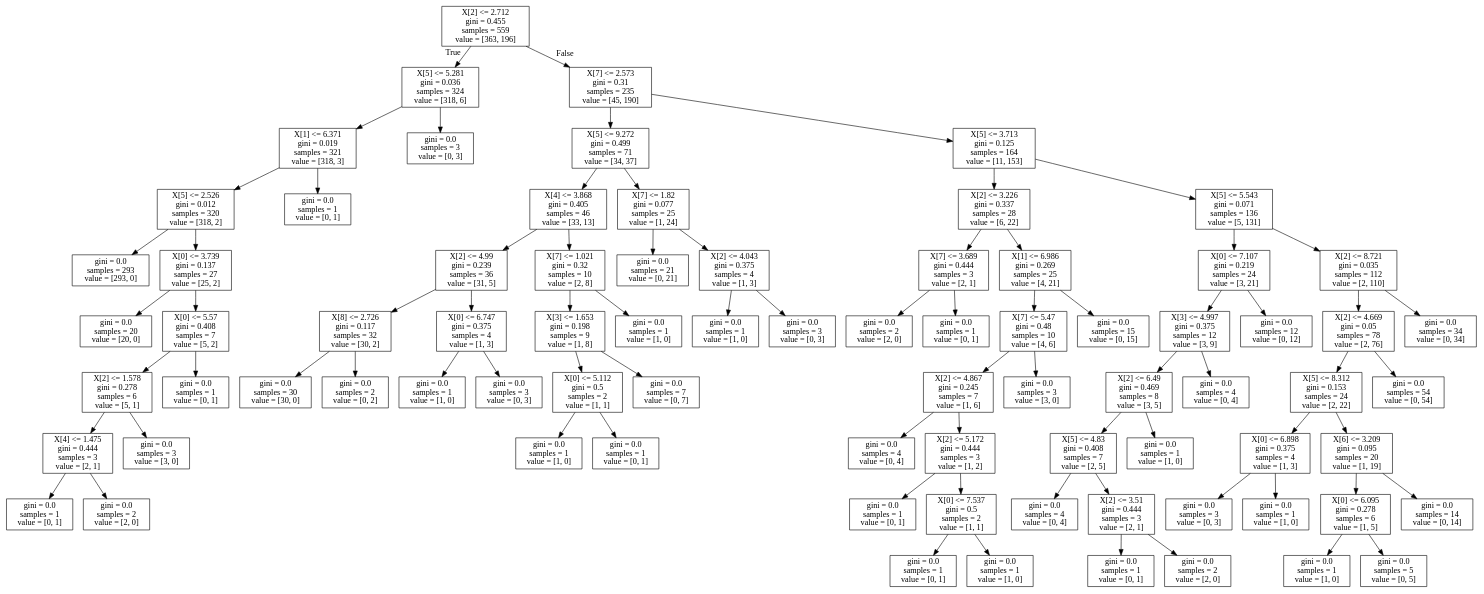
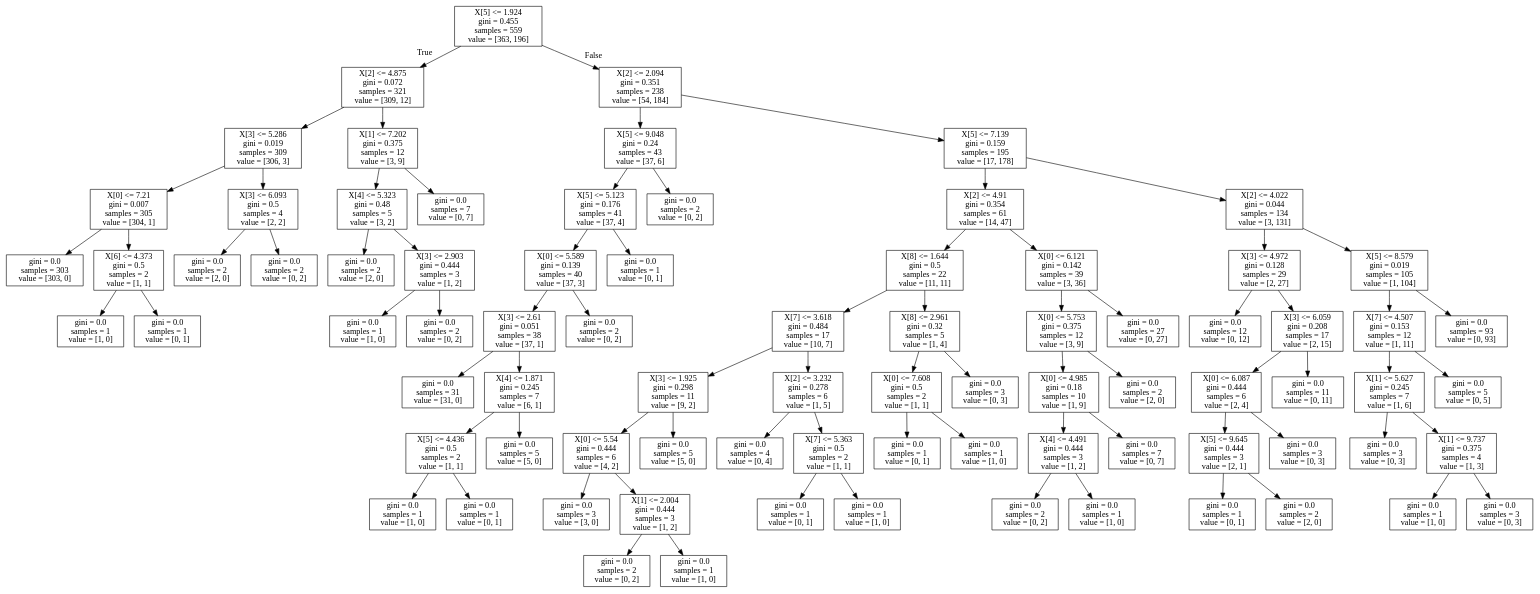
The diagram in out/decision_tree_pruning/breastcancer-noprune.dot (bradreardon/cs4641-supervised-learning), drawn with Graphviz before and after one commit. The commit also changed 12 other files, not shown here.

```diff
--- a/out/decision_tree_pruning/breastcancer-noprune.dot
+++ b/out/decision_tree_pruning/breastcancer-noprune.dot
@@ -1,160 +1,164 @@
 digraph Tree {
 node [shape=box] ;
-0 [label="X[2] <= 2.712\ngini = 0.455\nsamples = 559\nvalue = [363, 196]"] ;
-1 [label="X[5] <= 5.281\ngini = 0.036\nsamples = 324\nvalue = [318, 6]"] ;
+0 [label="X[5] <= 1.924\ngini = 0.455\nsamples = 559\nvalue = [363, 196]"] ;
+1 [label="X[2] <= 4.875\ngini = 0.072\nsamples = 321\nvalue = [309, 12]"] ;
 0 -> 1 [labeldistance=2.5, labelangle=45, headlabel="True"] ;
-2 [label="X[1] <= 6.371\ngini = 0.019\nsamples = 321\nvalue = [318, 3]"] ;
+2 [label="X[3] <= 5.286\ngini = 0.019\nsamples = 309\nvalue = [306, 3]"] ;
 1 -> 2 ;
-3 [label="X[5] <= 2.526\ngini = 0.012\nsamples = 320\nvalue = [318, 2]"] ;
+3 [label="X[0] <= 7.21\ngini = 0.007\nsamples = 305\nvalue = [304, 1]"] ;
 2 -> 3 ;
-4 [label="gini = 0.0\nsamples = 293\nvalue = [293, 0]"] ;
+4 [label="gini = 0.0\nsamples = 303\nvalue = [303, 0]"] ;
 3 -> 4 ;
-5 [label="X[0] <= 3.739\ngini = 0.137\nsamples = 27\nvalue = [25, 2]"] ;
+5 [label="X[6] <= 4.373\ngini = 0.5\nsamples = 2\nvalue = [1, 1]"] ;
 3 -> 5 ;
-6 [label="gini = 0.0\nsamples = 20\nvalue = [20, 0]"] ;
+6 [label="gini = 0.0\nsamples = 1\nvalue = [1, 0]"] ;
 5 -> 6 ;
-7 [label="X[0] <= 5.57\ngini = 0.408\nsamples = 7\nvalue = [5, 2]"] ;
+7 [label="gini = 0.0\nsamples = 1\nvalue = [0, 1]"] ;
 5 -> 7 ;
-8 [label="X[2] <= 1.578\ngini = 0.278\nsamples = 6\nvalue = [5, 1]"] ;
-7 -> 8 ;
-9 [label="X[4] <= 1.475\ngini = 0.444\nsamples = 3\nvalue = [2, 1]"] ;
+8 [label="X[3] <= 6.093\ngini = 0.5\nsamples = 4\nvalue = [2, 2]"] ;
+2 -> 8 ;
+9 [label="gini = 0.0\nsamples = 2\nvalue = [2, 0]"] ;
 8 -> 9 ;
-10 [label="gini = 0.0\nsamples = 1\nvalue = [0, 1]"] ;
-9 -> 10 ;
-11 [label="gini = 0.0\nsamples = 2\nvalue = [2, 0]"] ;
-9 -> 11 ;
-12 [label="gini = 0.0\nsamples = 3\nvalue = [3, 0]"] ;
-8 -> 12 ;
-13 [label="gini = 0.0\nsamples = 1\nvalue = [0, 1]"] ;
-7 -> 13 ;
-14 [label="gini = 0.0\nsamples = 1\nvalue = [0, 1]"] ;
-2 -> 14 ;
-15 [label="gini = 0.0\nsamples = 3\nvalue = [0, 3]"] ;
-1 -> 15 ;
-16 [label="X[7] <= 2.573\ngini = 0.31\nsamples = 235\nvalue = [45, 190]"] ;
-0 -> 16 [labeldistance=2.5, labelangle=-45, headlabel="False"] ;
-17 [label="X[5] <= 9.272\ngini = 0.499\nsamples = 71\nvalue = [34, 37]"] ;
-16 -> 17 ;
-18 [label="X[4] <= 3.868\ngini = 0.405\nsamples = 46\nvalue = [33, 13]"] ;
-17 -> 18 ;
-19 [label="X[2] <= 4.99\ngini = 0.239\nsamples = 36\nvalue = [31, 5]"] ;
+10 [label="gini = 0.0\nsamples = 2\nvalue = [0, 2]"] ;
+8 -> 10 ;
+11 [label="X[1] <= 7.202\ngini = 0.375\nsamples = 12\nvalue = [3, 9]"] ;
+1 -> 11 ;
+12 [label="X[4] <= 5.323\ngini = 0.48\nsamples = 5\nvalue = [3, 2]"] ;
+11 -> 12 ;
+13 [label="gini = 0.0\nsamples = 2\nvalue = [2, 0]"] ;
+12 -> 13 ;
+14 [label="X[3] <= 2.903\ngini = 0.444\nsamples = 3\nvalue = [1, 2]"] ;
+12 -> 14 ;
+15 [label="gini = 0.0\nsamples = 1\nvalue = [1, 0]"] ;
+14 -> 15 ;
+16 [label="gini = 0.0\nsamples = 2\nvalue = [0, 2]"] ;
+14 -> 16 ;
+17 [label="gini = 0.0\nsamples = 7\nvalue = [0, 7]"] ;
+11 -> 17 ;
+18 [label="X[2] <= 2.094\ngini = 0.351\nsamples = 238\nvalue = [54, 184]"] ;
+0 -> 18 [labeldistance=2.5, labelangle=-45, headlabel="False"] ;
+19 [label="X[5] <= 9.048\ngini = 0.24\nsamples = 43\nvalue = [37, 6]"] ;
 18 -> 19 ;
-20 [label="X[8] <= 2.726\ngini = 0.117\nsamples = 32\nvalue = [30, 2]"] ;
+20 [label="X[5] <= 5.123\ngini = 0.176\nsamples = 41\nvalue = [37, 4]"] ;
 19 -> 20 ;
-21 [label="gini = 0.0\nsamples = 30\nvalue = [30, 0]"] ;
+21 [label="X[0] <= 5.589\ngini = 0.139\nsamples = 40\nvalue = [37, 3]"] ;
 20 -> 21 ;
-22 [label="gini = 0.0\nsamples = 2\nvalue = [0, 2]"] ;
-20 -> 22 ;
-23 [label="X[0] <= 6.747\ngini = 0.375\nsamples = 4\nvalue = [1, 3]"] ;
-19 -> 23 ;
-24 [label="gini = 0.0\nsamples = 1\nvalue = [1, 0]"] ;
-23 -> 24 ;
-25 [label="gini = 0.0\nsamples = 3\nvalue = [0, 3]"] ;
-23 -> 25 ;
-26 [label="X[7] <= 1.021\ngini = 0.32\nsamples = 10\nvalue = [2, 8]"] ;
-18 -> 26 ;
-27 [label="X[3] <= 1.653\ngini = 0.198\nsamples = 9\nvalue = [1, 8]"] ;
-26 -> 27 ;
-28 [label="X[0] <= 5.112\ngini = 0.5\nsamples = 2\nvalue = [1, 1]"] ;
-27 -> 28 ;
-29 [label="gini = 0.0\nsamples = 1\nvalue = [1, 0]"] ;
-28 -> 29 ;
+22 [label="X[3] <= 2.61\ngini = 0.051\nsamples = 38\nvalue = [37, 1]"] ;
+21 -> 22 ;
+23 [label="gini = 0.0\nsamples = 31\nvalue = [31, 0]"] ;
+22 -> 23 ;
+24 [label="X[4] <= 1.871\ngini = 0.245\nsamples = 7\nvalue = [6, 1]"] ;
+22 -> 24 ;
+25 [label="X[5] <= 4.436\ngini = 0.5\nsamples = 2\nvalue = [1, 1]"] ;
+24 -> 25 ;
+26 [label="gini = 0.0\nsamples = 1\nvalue = [1, 0]"] ;
+25 -> 26 ;
+27 [label="gini = 0.0\nsamples = 1\nvalue = [0, 1]"] ;
+25 -> 27 ;
+28 [label="gini = 0.0\nsamples = 5\nvalue = [5, 0]"] ;
+24 -> 28 ;
+29 [label="gini = 0.0\nsamples = 2\nvalue = [0, 2]"] ;
+21 -> 29 ;
 30 [label="gini = 0.0\nsamples = 1\nvalue = [0, 1]"] ;
-28 -> 30 ;
-31 [label="gini = 0.0\nsamples = 7\nvalue = [0, 7]"] ;
-27 -> 31 ;
-32 [label="gini = 0.0\nsamples = 1\nvalue = [1, 0]"] ;
-26 -> 32 ;
-33 [label="X[7] <= 1.82\ngini = 0.077\nsamples = 25\nvalue = [1, 24]"] ;
-17 -> 33 ;
-34 [label="gini = 0.0\nsamples = 21\nvalue = [0, 21]"] ;
+20 -> 30 ;
+31 [label="gini = 0.0\nsamples = 2\nvalue = [0, 2]"] ;
+19 -> 31 ;
+32 [label="X[5] <= 7.139\ngini = 0.159\nsamples = 195\nvalue = [17, 178]"] ;
+18 -> 32 ;
+33 [label="X[2] <= 4.91\ngini = 0.354\nsamples = 61\nvalue = [14, 47]"] ;
+32 -> 33 ;
+34 [label="X[8] <= 1.644\ngini = 0.5\nsamples = 22\nvalue = [11, 11]"] ;
 33 -> 34 ;
-35 [label="X[2] <= 4.043\ngini = 0.375\nsamples = 4\nvalue = [1, 3]"] ;
-33 -> 35 ;
-36 [label="gini = 0.0\nsamples = 1\nvalue = [1, 0]"] ;
+35 [label="X[7] <= 3.618\ngini = 0.484\nsamples = 17\nvalue = [10, 7]"] ;
+34 -> 35 ;
+36 [label="X[3] <= 1.925\ngini = 0.298\nsamples = 11\nvalue = [9, 2]"] ;
 35 -> 36 ;
-37 [label="gini = 0.0\nsamples = 3\nvalue = [0, 3]"] ;
-35 -> 37 ;
-38 [label="X[5] <= 3.713\ngini = 0.125\nsamples = 164\nvalue = [11, 153]"] ;
-16 -> 38 ;
-39 [label="X[2] <= 3.226\ngini = 0.337\nsamples = 28\nvalue = [6, 22]"] ;
-38 -> 39 ;
-40 [label="X[7] <= 3.689\ngini = 0.444\nsamples = 3\nvalue = [2, 1]"] ;
+37 [label="X[0] <= 5.54\ngini = 0.444\nsamples = 6\nvalue = [4, 2]"] ;
+36 -> 37 ;
+38 [label="gini = 0.0\nsamples = 3\nvalue = [3, 0]"] ;
+37 -> 38 ;
+39 [label="X[1] <= 2.004\ngini = 0.444\nsamples = 3\nvalue = [1, 2]"] ;
+37 -> 39 ;
+40 [label="gini = 0.0\nsamples = 2\nvalue = [0, 2]"] ;
 39 -> 40 ;
-41 [label="gini = 0.0\nsamples = 2\nvalue = [2, 0]"] ;
-40 -> 41 ;
-42 [label="gini = 0.0\nsamples = 1\nvalue = [0, 1]"] ;
-40 -> 42 ;
-43 [label="X[1] <= 6.986\ngini = 0.269\nsamples = 25\nvalue = [4, 21]"] ;
-39 -> 43 ;
-44 [label="X[7] <= 5.47\ngini = 0.48\nsamples = 10\nvalue = [4, 6]"] ;
+41 [label="gini = 0.0\nsamples = 1\nvalue = [1, 0]"] ;
+39 -> 41 ;
+42 [label="gini = 0.0\nsamples = 5\nvalue = [5, 0]"] ;
+36 -> 42 ;
+43 [label="X[2] <= 3.232\ngini = 0.278\nsamples = 6\nvalue = [1, 5]"] ;
+35 -> 43 ;
+44 [label="gini = 0.0\nsamples = 4\nvalue = [0, 4]"] ;
 43 -> 44 ;
-45 [label="X[2] <= 4.867\ngini = 0.245\nsamples = 7\nvalue = [1, 6]"] ;
-44 -> 45 ;
-46 [label="gini = 0.0\nsamples = 4\nvalue = [0, 4]"] ;
+45 [label="X[7] <= 5.363\ngini = 0.5\nsamples = 2\nvalue = [1, 1]"] ;
+43 -> 45 ;
+46 [label="gini = 0.0\nsamples = 1\nvalue = [0, 1]"] ;
 45 -> 46 ;
-47 [label="X[2] <= 5.172\ngini = 0.444\nsamples = 3\nvalue = [1, 2]"] ;
+47 [label="gini = 0.0\nsamples = 1\nvalue = [1, 0]"] ;
 45 -> 47 ;
-48 [label="gini = 0.0\nsamples = 1\nvalue = [0, 1]"] ;
-47 -> 48 ;
-49 [label="X[0] <= 7.537\ngini = 0.5\nsamples = 2\nvalue = [1, 1]"] ;
-47 -> 49 ;
+48 [label="X[8] <= 2.961\ngini = 0.32\nsamples = 5\nvalue = [1, 4]"] ;
+34 -> 48 ;
+49 [label="X[0] <= 7.608\ngini = 0.5\nsamples = 2\nvalue = [1, 1]"] ;
+48 -> 49 ;
 50 [label="gini = 0.0\nsamples = 1\nvalue = [0, 1]"] ;
 49 -> 50 ;
 51 [label="gini = 0.0\nsamples = 1\nvalue = [1, 0]"] ;
 49 -> 51 ;
-52 [label="gini = 0.0\nsamples = 3\nvalue = [3, 0]"] ;
-44 -> 52 ;
-53 [label="gini = 0.0\nsamples = 15\nvalue = [0, 15]"] ;
-43 -> 53 ;
-54 [label="X[5] <= 5.543\ngini = 0.071\nsamples = 136\nvalue = [5, 131]"] ;
-38 -> 54 ;
-55 [label="X[0] <= 7.107\ngini = 0.219\nsamples = 24\nvalue = [3, 21]"] ;
+52 [label="gini = 0.0\nsamples = 3\nvalue = [0, 3]"] ;
+48 -> 52 ;
+53 [label="X[0] <= 6.121\ngini = 0.142\nsamples = 39\nvalue = [3, 36]"] ;
+33 -> 53 ;
+54 [label="X[0] <= 5.753\ngini = 0.375\nsamples = 12\nvalue = [3, 9]"] ;
+53 -> 54 ;
+55 [label="X[0] <= 4.985\ngini = 0.18\nsamples = 10\nvalue = [1, 9]"] ;
 54 -> 55 ;
-56 [label="X[3] <= 4.997\ngini = 0.375\nsamples = 12\nvalue = [3, 9]"] ;
+56 [label="X[4] <= 4.491\ngini = 0.444\nsamples = 3\nvalue = [1, 2]"] ;
 55 -> 56 ;
-57 [label="X[2] <= 6.49\ngini = 0.469\nsamples = 8\nvalue = [3, 5]"] ;
+57 [label="gini = 0.0\nsamples = 2\nvalue = [0, 2]"] ;
 56 -> 57 ;
-58 [label="X[5] <= 4.83\ngini = 0.408\nsamples = 7\nvalue = [2, 5]"] ;
-57 -> 58 ;
-59 [label="gini = 0.0\nsamples = 4\nvalue = [0, 4]"] ;
-58 -> 59 ;
-60 [label="X[2] <= 3.51\ngini = 0.444\nsamples = 3\nvalue = [2, 1]"] ;
-58 -> 60 ;
-61 [label="gini = 0.0\nsamples = 1\nvalue = [0, 1]"] ;
-60 -> 61 ;
-62 [label="gini = 0.0\nsamples = 2\nvalue = [2, 0]"] ;
-60 -> 62 ;
-63 [label="gini = 0.0\nsamples = 1\nvalue = [1, 0]"] ;
-57 -> 63 ;
-64 [label="gini = 0.0\nsamples = 4\nvalue = [0, 4]"] ;
-56 -> 64 ;
-65 [label="gini = 0.0\nsamples = 12\nvalue = [0, 12]"] ;
-55 -> 65 ;
-66 [label="X[2] <= 8.721\ngini = 0.035\nsamples = 112\nvalue = [2, 110]"] ;
-54 -> 66 ;
-67 [label="X[2] <= 4.669\ngini = 0.05\nsamples = 78\nvalue = [2, 76]"] ;
+58 [label="gini = 0.0\nsamples = 1\nvalue = [1, 0]"] ;
+56 -> 58 ;
+59 [label="gini = 0.0\nsamples = 7\nvalue = [0, 7]"] ;
+55 -> 59 ;
+60 [label="gini = 0.0\nsamples = 2\nvalue = [2, 0]"] ;
+54 -> 60 ;
+61 [label="gini = 0.0\nsamples = 27\nvalue = [0, 27]"] ;
+53 -> 61 ;
+62 [label="X[2] <= 4.022\ngini = 0.044\nsamples = 134\nvalue = [3, 131]"] ;
+32 -> 62 ;
+63 [label="X[3] <= 4.972\ngini = 0.128\nsamples = 29\nvalue = [2, 27]"] ;
+62 -> 63 ;
+64 [label="gini = 0.0\nsamples = 12\nvalue = [0, 12]"] ;
+63 -> 64 ;
+65 [label="X[3] <= 6.059\ngini = 0.208\nsamples = 17\nvalue = [2, 15]"] ;
+63 -> 65 ;
+66 [label="X[0] <= 6.087\ngini = 0.444\nsamples = 6\nvalue = [2, 4]"] ;
+65 -> 66 ;
+67 [label="X[5] <= 9.645\ngini = 0.444\nsamples = 3\nvalue = [2, 1]"] ;
 66 -> 67 ;
-68 [label="X[5] <= 8.312\ngini = 0.153\nsamples = 24\nvalue = [2, 22]"] ;
+68 [label="gini = 0.0\nsamples = 1\nvalue = [0, 1]"] ;
 67 -> 68 ;
-69 [label="X[0] <= 6.898\ngini = 0.375\nsamples = 4\nvalue = [1, 3]"] ;
-68 -> 69 ;
+69 [label="gini = 0.0\nsamples = 2\nvalue = [2, 0]"] ;
+67 -> 69 ;
 70 [label="gini = 0.0\nsamples = 3\nvalue = [0, 3]"] ;
-69 -> 70 ;
-71 [label="gini = 0.0\nsamples = 1\nvalue = [1, 0]"] ;
-69 -> 71 ;
-72 [label="X[6] <= 3.209\ngini = 0.095\nsamples = 20\nvalue = [1, 19]"] ;
-68 -> 72 ;
-73 [label="X[0] <= 6.095\ngini = 0.278\nsamples = 6\nvalue = [1, 5]"] ;
+66 -> 70 ;
+71 [label="gini = 0.0\nsamples = 11\nvalue = [0, 11]"] ;
+65 -> 71 ;
+72 [label="X[5] <= 8.579\ngini = 0.019\nsamples = 105\nvalue = [1, 104]"] ;
+62 -> 72 ;
+73 [label="X[7] <= 4.507\ngini = 0.153\nsamples = 12\nvalue = [1, 11]"] ;
 72 -> 73 ;
-74 [label="gini = 0.0\nsamples = 1\nvalue = [1, 0]"] ;
+74 [label="X[1] <= 5.627\ngini = 0.245\nsamples = 7\nvalue = [1, 6]"] ;
 73 -> 74 ;
-75 [label="gini = 0.0\nsamples = 5\nvalue = [0, 5]"] ;
-73 -> 75 ;
-76 [label="gini = 0.0\nsamples = 14\nvalue = [0, 14]"] ;
-72 -> 76 ;
-77 [label="gini = 0.0\nsamples = 54\nvalue = [0, 54]"] ;
-67 -> 77 ;
-78 [label="gini = 0.0\nsamples = 34\nvalue = [0, 34]"] ;
-66 -> 78 ;
+75 [label="gini = 0.0\nsamples = 3\nvalue = [0, 3]"] ;
+74 -> 75 ;
+76 [label="X[1] <= 9.737\ngini = 0.375\nsamples = 4\nvalue = [1, 3]"] ;
+74 -> 76 ;
+77 [label="gini = 0.0\nsamples = 1\nvalue = [1, 0]"] ;
+76 -> 77 ;
+78 [label="gini = 0.0\nsamples = 3\nvalue = [0, 3]"] ;
+76 -> 78 ;
+79 [label="gini = 0.0\nsamples = 5\nvalue = [0, 5]"] ;
+73 -> 79 ;
+80 [label="gini = 0.0\nsamples = 93\nvalue = [0, 93]"] ;
+72 -> 80 ;
 }
```
